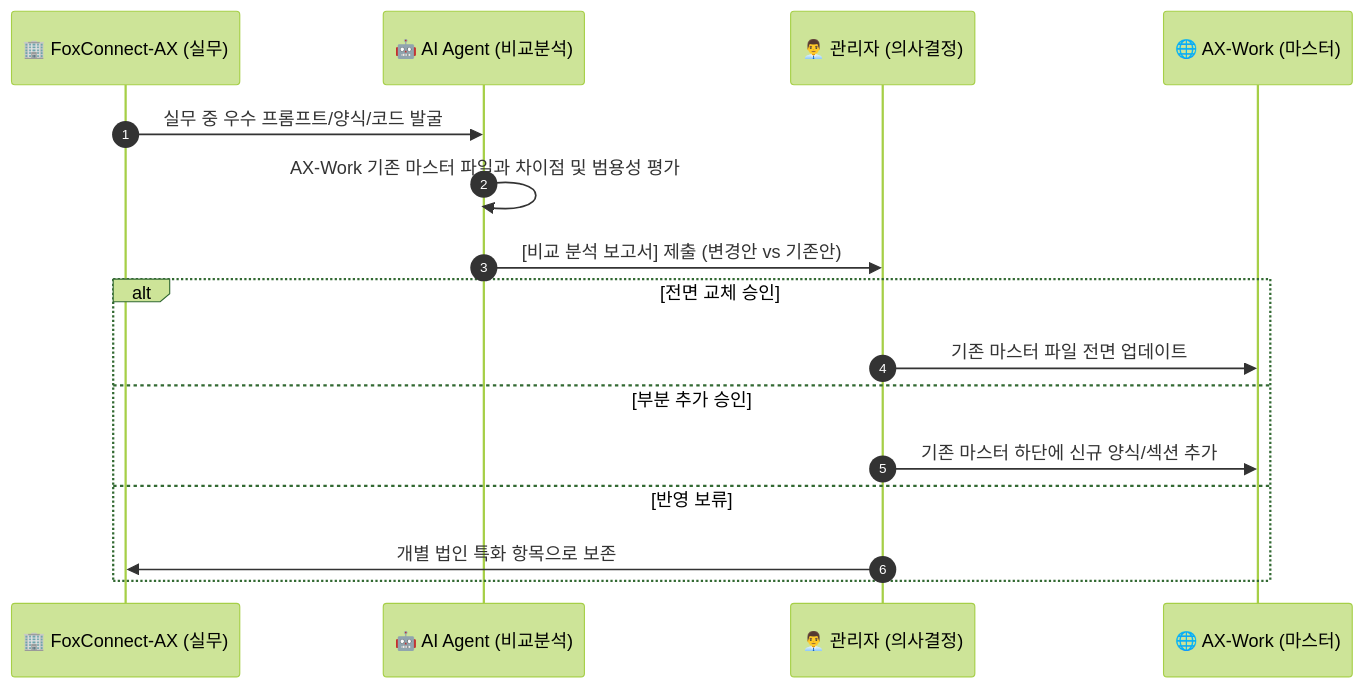
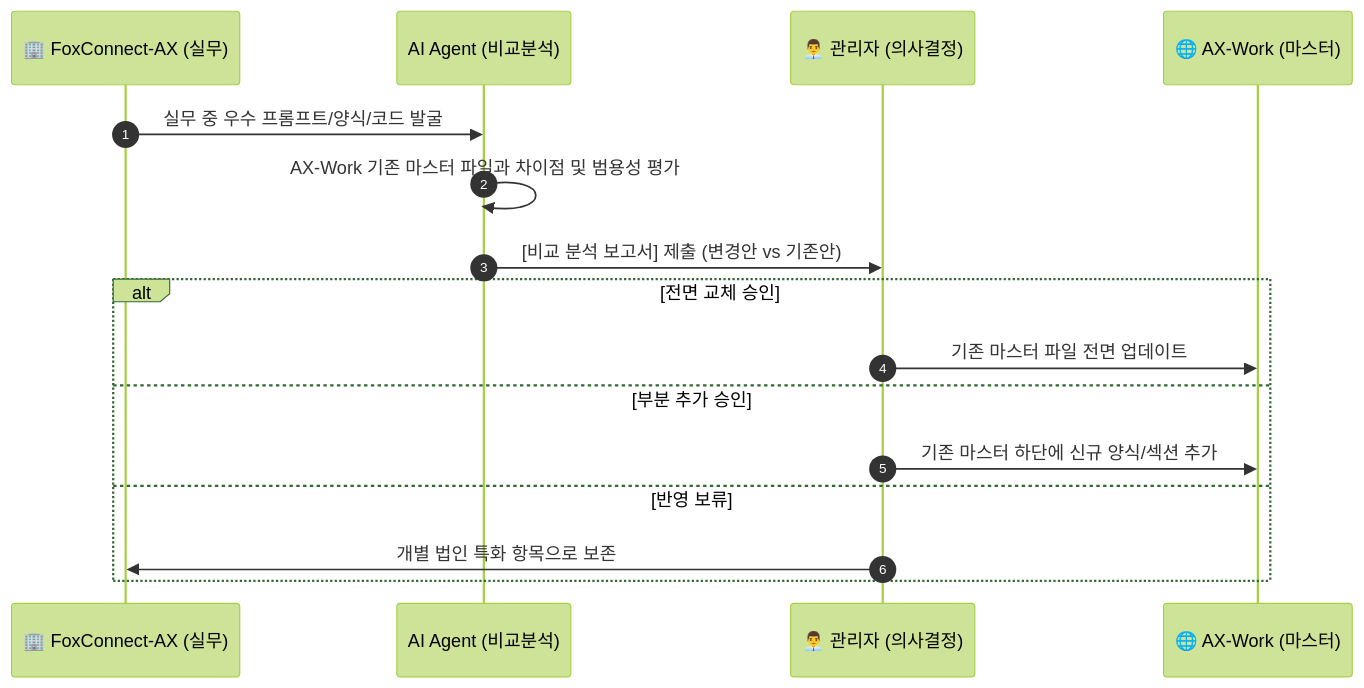
Before and after one commit to barista9980-cloud/AX-Work: the second of 2 diagrams in README.md, drawn with Mermaid (forest theme). The commit also changed 2 other files, not shown here.

Commit message:
refactor: remove emoji prefix rule from AI parsing specifications in framework docs

````diff
--- a/README.md
+++ b/README.md
@@ -105,19 +105,19 @@
 ```mermaid
 sequenceDiagram
     autonumber
     participant Execution as 🏢 FoxConnect-AX (실무)
-    participant Agent as 🤖 AI Agent (비교분석)
+    participant Agent as  AI Agent (비교분석)
     participant Manager as 👨‍💼 관리자 (의사결정)
     participant Master as 🌐 AX-Work (마스터)
 
     Execution->>Agent: 실무 중 우수 프롬프트/양식/코드 발굴
     Agent->>Agent: AX-Work 기존 마스터 파일과 차이점 및 범용성 평가
     Agent->>Manager: [비교 분석 보고서] 제출 (변경안 vs 기존안)
     alt 전면 교체 승인
         Manager->>Master: 기존 마스터 파일 전면 업데이트
     else 부분 추가 승인
         Manager->>Master: 기존 마스터 하단에 신규 양식/섹션 추가
     else 반영 보류
         Manager->>Execution: 개별 법인 특화 항목으로 보존
     end
 ```
````
